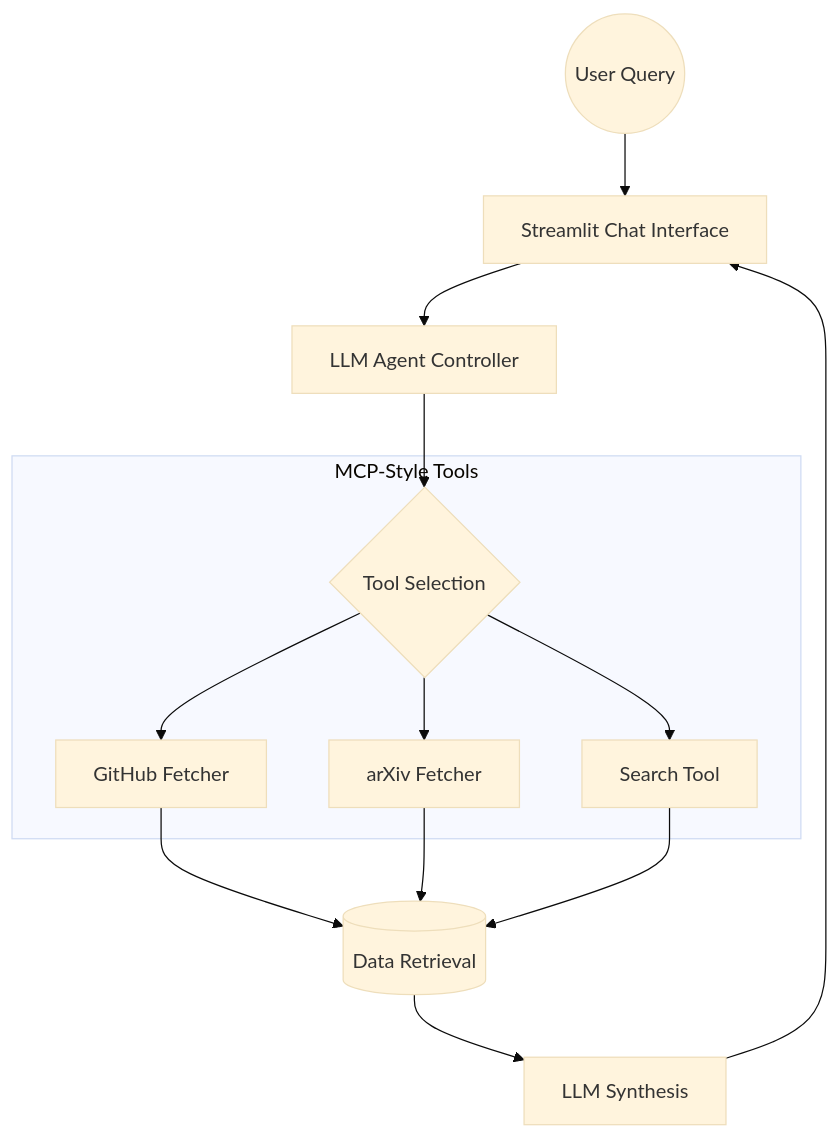
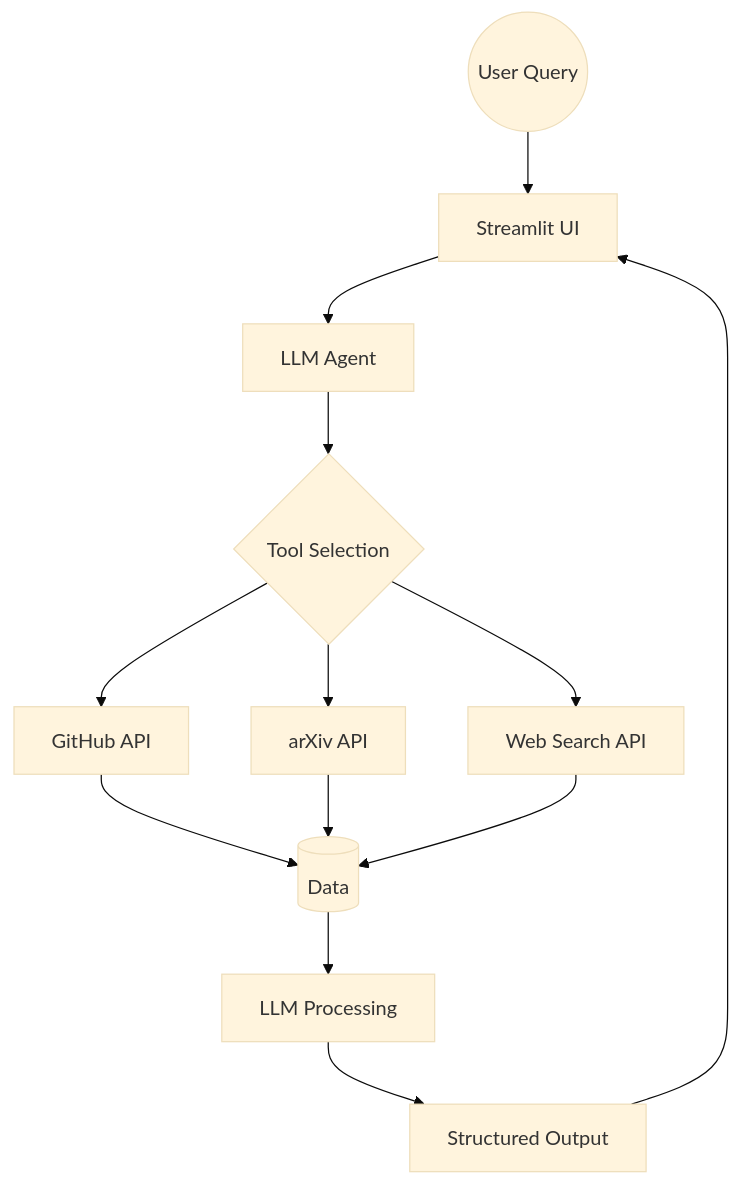
The diagram in README.md (hemanthk24/AI-Industry-Intelligence-Analyst), drawn with Mermaid (base theme) before and after one commit. The commit also changed other lines of this file, not shown here.

````diff
--- a/README.md
+++ b/README.md
@@ -33,19 +69,19 @@
 ```mermaid
 graph TD
-    User((User Query)) --> UI[Streamlit Chat Interface]
-    UI --> LLM[LLM Agent Controller]
-    LLM --> Tools{Tool Selection}
-    
-    subgraph External_Tools [MCP-Style Tools]
-        Tools --> GH[GitHub Fetcher]
-        Tools --> AX[arXiv Fetcher]
-        Tools --> SH[Search Tool]
-    end
+    User((User Query)) --> UI[Streamlit UI]
+    UI --> Agent[LLM Agent]
 
-    GH --> Data[(Data Retrieval)]
+    Agent --> Decision{Tool Selection}
+
+    Decision --> GH[GitHub API]
+    Decision --> AX[arXiv API]
+    Decision --> WS[Web Search API]
+
+    GH --> Data[(Data)]
     AX --> Data
-    SH --> Data
-    
-    Data --> LLM_Response[LLM Synthesis]
-    LLM_Response --> UI
+    WS --> Data
+
+    Data --> LLM[LLM Processing]
+    LLM --> Response[Structured Output]
+    Response --> UI
 ```
````
